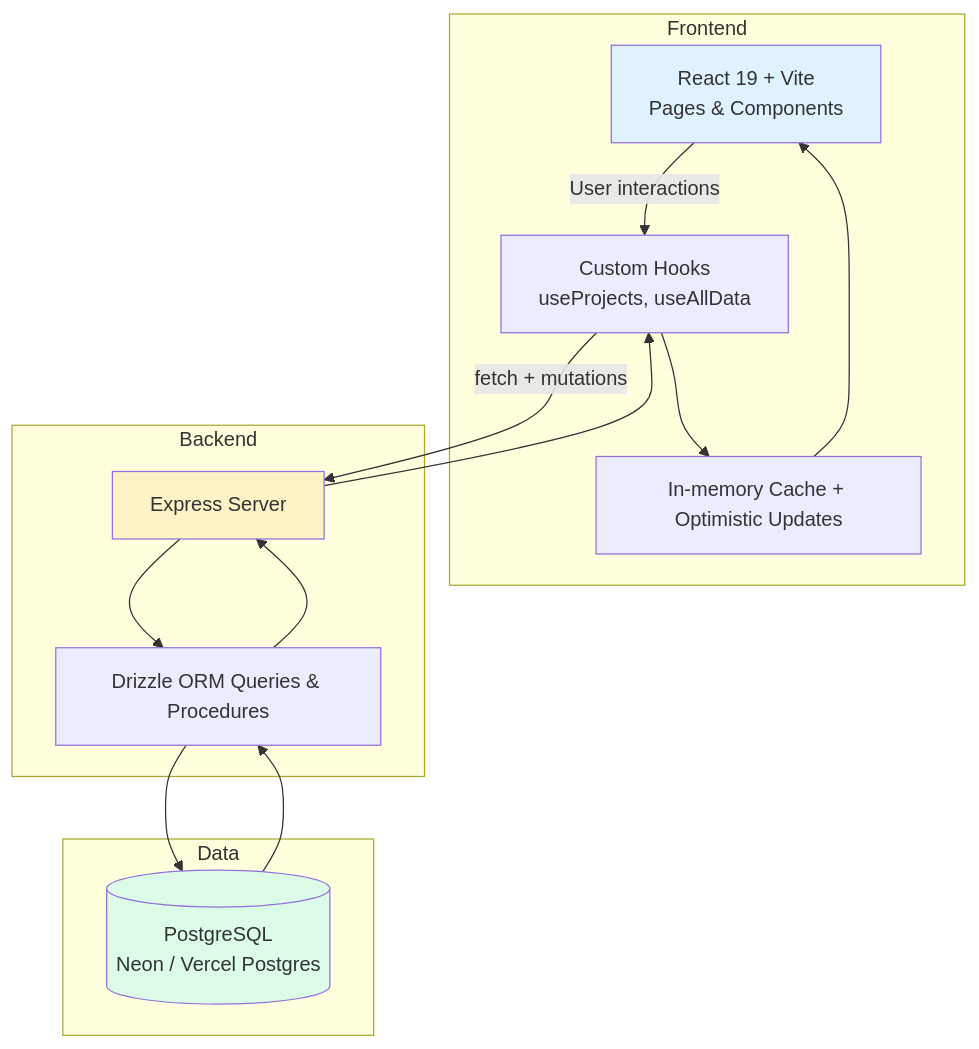
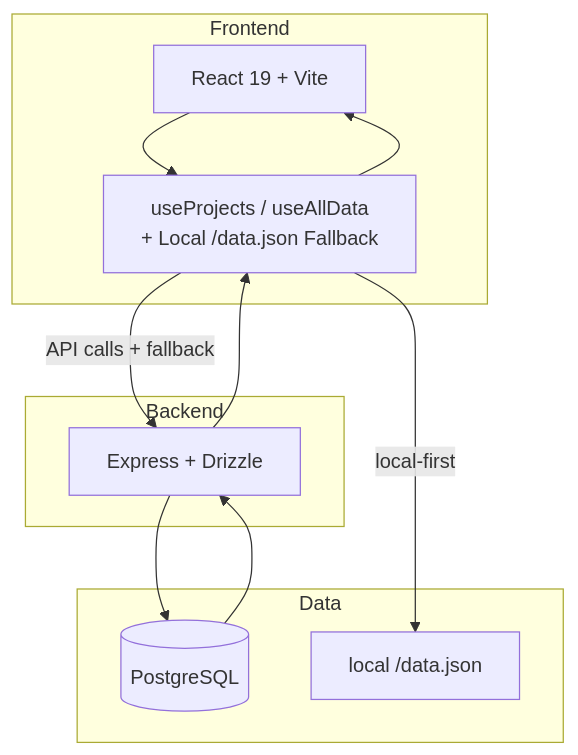
One commit to iceccarelli/bahn-project-manager changed the third of 4 diagrams in README.md. Above: the diagram before and after it, drawn with Mermaid. The commit also changed other lines of this file, not shown here.

````diff
--- a/README.md
+++ b/README.md
@@ -181,31 +168,22 @@
 ```mermaid
 flowchart TD
     subgraph Frontend
-        A[React 19 + Vite<br/>Pages & Components]
-        B[Custom Hooks<br/>useProjects, useAllData]
-        C[In-memory Cache + Optimistic Updates]
+        A[React 19 + Vite]
+        B[useProjects / useAllData<br/>+ Local /data.json Fallback]
+    end
+    subgraph Backend
+        C[Express + Drizzle]
+    end
+    subgraph Data
+        D[(PostgreSQL)]
+        E[local /data.json]
     end
 
-    subgraph Backend
-        D[Express Server]
-        E[Drizzle ORM Queries & Procedures]
-    end
-
-    subgraph Data
-        F[(PostgreSQL<br/>Neon / Vercel Postgres)]
-    end
-
-    A -->|User interactions| B
-    B -->|fetch + mutations| D
-    D --> E
-    E --> F
-    F --> E
-    E --> D
-    D --> B
-    B --> C
-    C --> A
-
-    style A fill:#e0f2fe
-    style D fill:#fef3c7
-    style F fill:#dcfce7
+    A --> B
+    B -->|API calls + fallback| C
+    B -->|local-first| E
+    C --> D
+    D --> C
+    C --> B
+    B --> A
 ```
````
